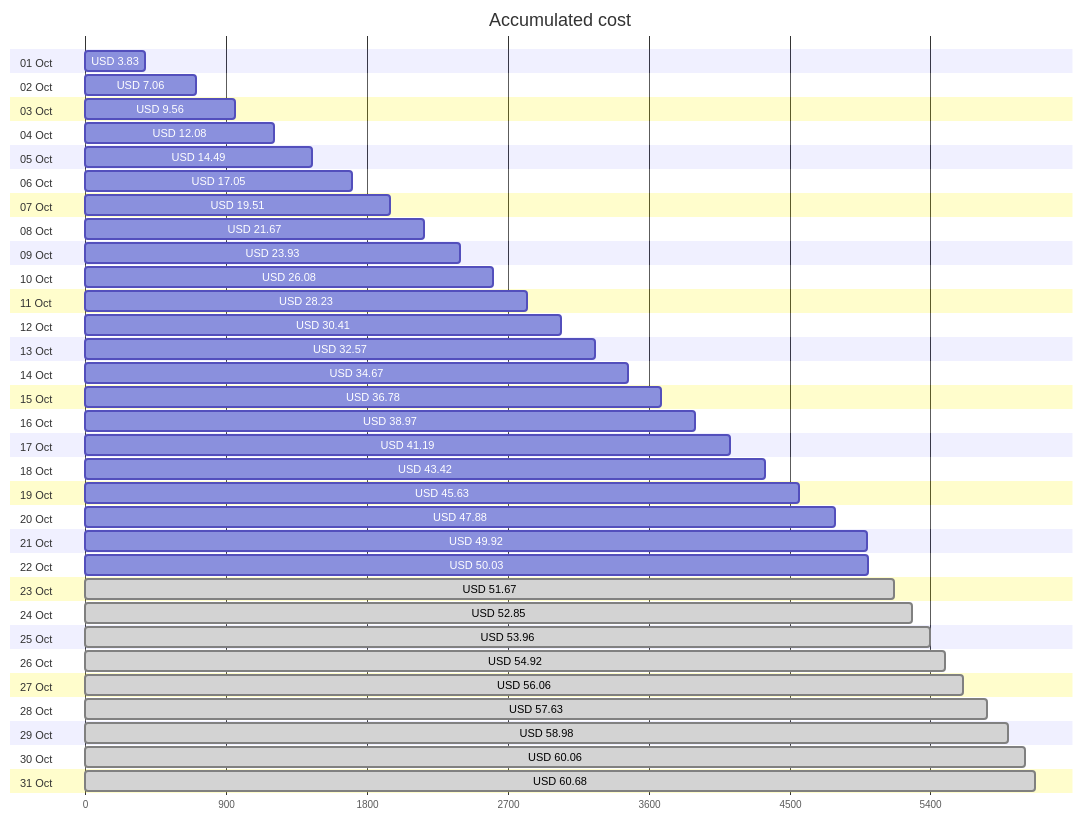
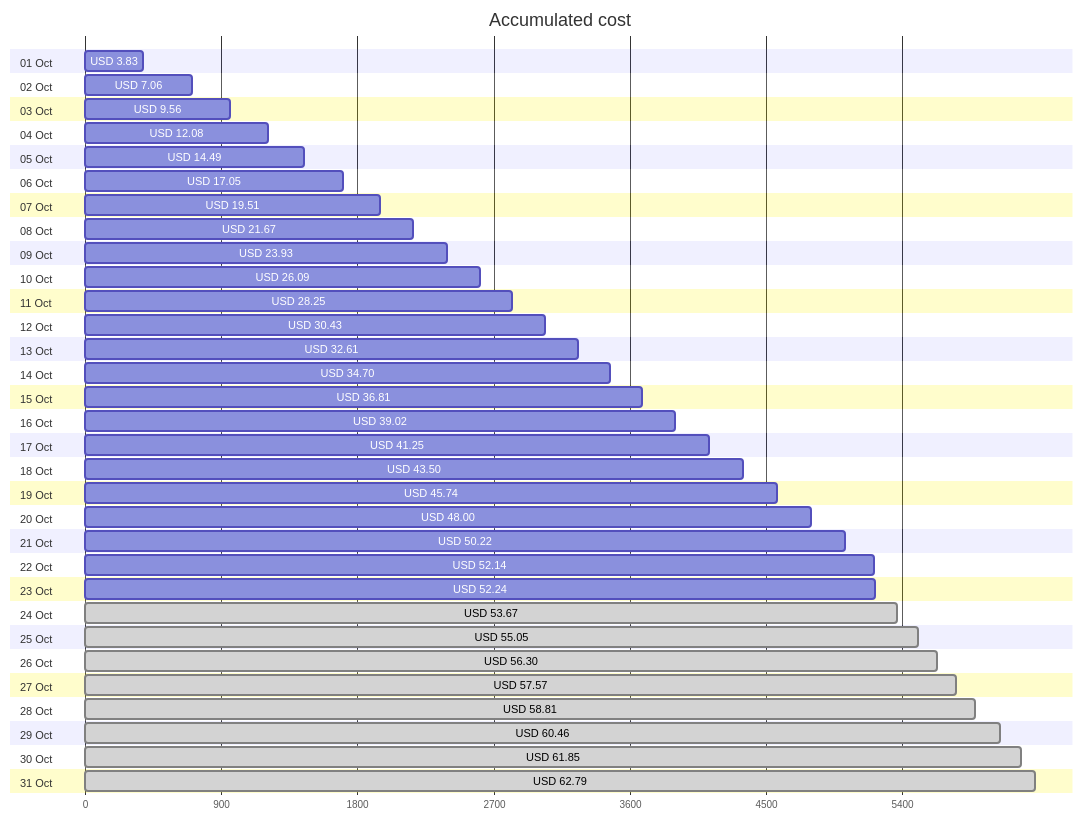
The first of 4 diagrams in cost-reports/accumulated-cost.md (jpfulton/azure-personal-reports), drawn with Mermaid before and after one commit. The commit also changed other lines of this file and 4 other files, not shown here.

````diff
--- a/cost-reports/accumulated-cost.md
+++ b/cost-reports/accumulated-cost.md
@@ -20,68 +20,68 @@
 ```mermaid
 gantt
    title Accumulated cost
    dateFormat  X
    axisFormat %s
    section 01 Oct
    USD 3.83 :0, 383
    section 02 Oct
    USD 7.06 :0, 706
    section 03 Oct
    USD 9.56 :0, 956
    section 04 Oct
    USD 12.08 :0, 1208
    section 05 Oct
    USD 14.49 :0, 1449
    section 06 Oct
    USD 17.05 :0, 1705
    section 07 Oct
    USD 19.51 :0, 1951
    section 08 Oct
    USD 21.67 :0, 2167
    section 09 Oct
    USD 23.93 :0, 2393
    section 10 Oct
-   USD 26.08 :0, 2608
+   USD 26.09 :0, 2609
    section 11 Oct
-   USD 28.23 :0, 2823
+   USD 28.25 :0, 2825
    section 12 Oct
-   USD 30.41 :0, 3041
+   USD 30.43 :0, 3043
    section 13 Oct
-   USD 32.57 :0, 3257
+   USD 32.61 :0, 3261
    section 14 Oct
-   USD 34.67 :0, 3467
+   USD 34.70 :0, 3470
    section 15 Oct
-   USD 36.78 :0, 3678
+   USD 36.81 :0, 3681
    section 16 Oct
-   USD 38.97 :0, 3897
+   USD 39.02 :0, 3902
    section 17 Oct
-   USD 41.19 :0, 4119
+   USD 41.25 :0, 4125
    section 18 Oct
-   USD 43.42 :0, 4342
+   USD 43.50 :0, 4350
    section 19 Oct
-   USD 45.63 :0, 4563
+   USD 45.74 :0, 4574
    section 20 Oct
-   USD 47.88 :0, 4788
+   USD 48.00 :0, 4800
    section 21 Oct
-   USD 49.92 :0, 4992
+   USD 50.22 :0, 5022
    section 22 Oct
-   USD 50.03 :0, 5003
+   USD 52.14 :0, 5214
    section 23 Oct
-   USD 51.67 : done, 0, 5167
+   USD 52.24 :0, 5224
    section 24 Oct
-   USD 52.85 : done, 0, 5285
+   USD 53.67 : done, 0, 5367
    section 25 Oct
-   USD 53.96 : done, 0, 5396
+   USD 55.05 : done, 0, 5505
    section 26 Oct
-   USD 54.92 : done, 0, 5492
+   USD 56.30 : done, 0, 5630
    section 27 Oct
-   USD 56.06 : done, 0, 5606
+   USD 57.57 : done, 0, 5757
    section 28 Oct
-   USD 57.63 : done, 0, 5763
+   USD 58.81 : done, 0, 5881
    section 29 Oct
-   USD 58.98 : done, 0, 5898
+   USD 60.46 : done, 0, 6046
    section 30 Oct
-   USD 60.06 : done, 0, 6006
+   USD 61.85 : done, 0, 6185
    section 31 Oct
-   USD 60.68 : done, 0, 6068
+   USD 62.79 : done, 0, 6279
 ```
````
